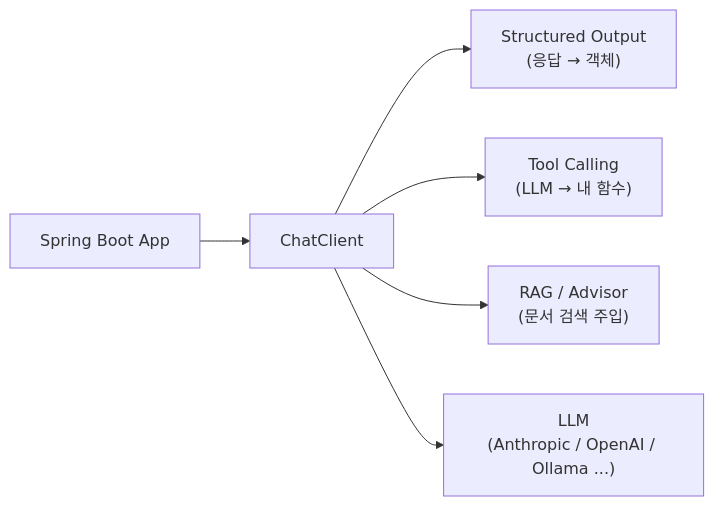
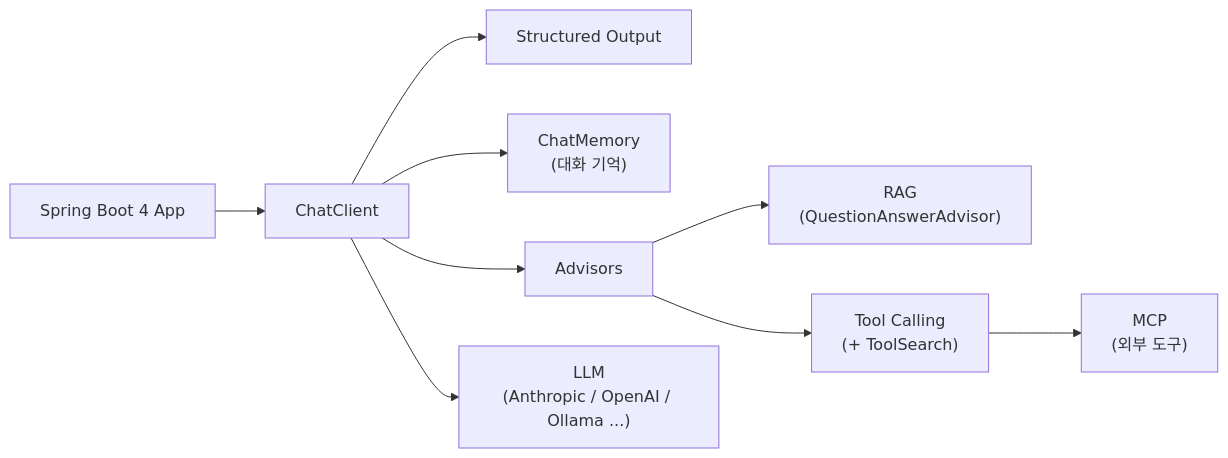
Before and after one commit to devjune/spring-ai-study: the first of 3 diagrams in spring-ai-study.md, drawn with Mermaid. The commit also changed other lines of this file and 4 other files, not shown here.

````diff
--- a/spring-ai-study.md
+++ b/spring-ai-study.md
@@ -26,8 +60,11 @@
 ```mermaid
 graph LR
-    App["Spring Boot App"] --> CC["ChatClient"]
-    CC --> SO["Structured Output<br/>(응답 → 객체)"]
-    CC --> TC["Tool Calling<br/>(LLM → 내 함수)"]
-    CC --> RAG["RAG / Advisor<br/>(문서 검색 주입)"]
+    App["Spring Boot 4 App"] --> CC["ChatClient"]
+    CC --> SO["Structured Output"]
+    CC --> Mem["ChatMemory<br/>(대화 기억)"]
+    CC --> Adv["Advisors"]
+    Adv --> RAG["RAG<br/>(QuestionAnswerAdvisor)"]
+    Adv --> Tools["Tool Calling<br/>(+ ToolSearch)"]
+    Tools --> MCP["MCP<br/>(외부 도구)"]
     CC --> LLM["LLM<br/>(Anthropic / OpenAI / Ollama ...)"]
 ```
````
